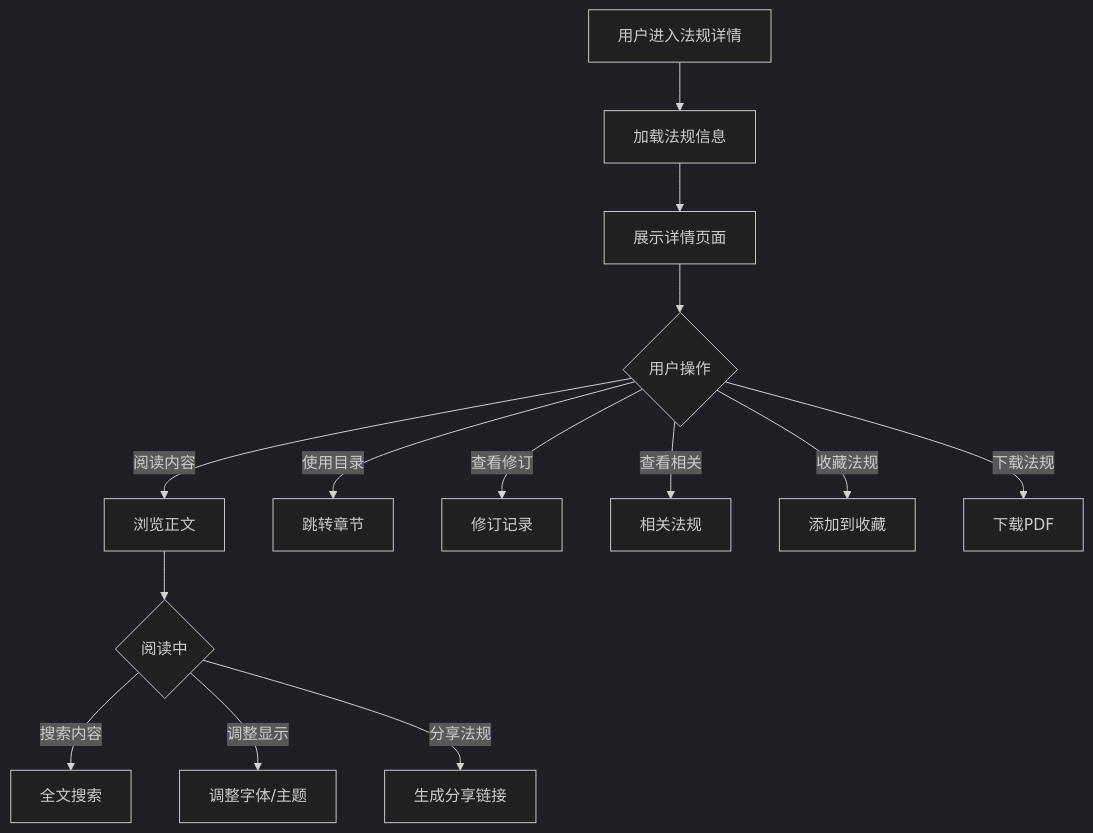
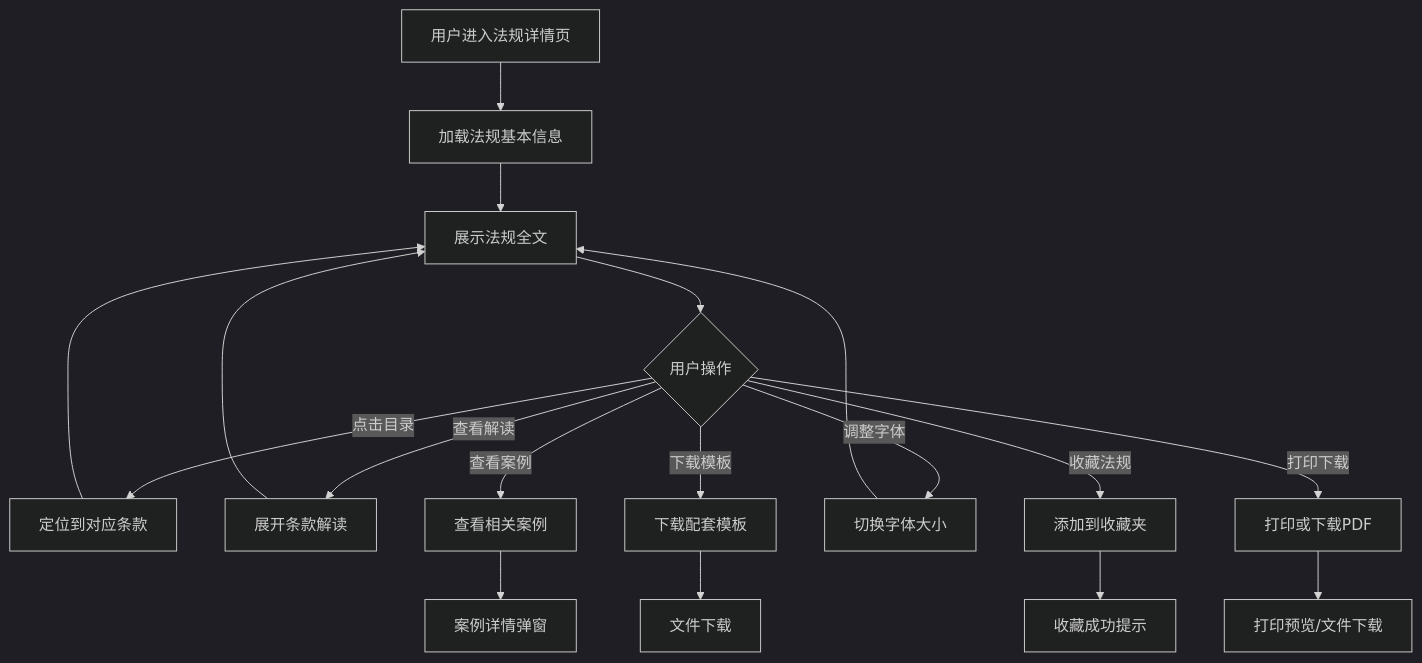
Before and after one commit to 573746624-hash/JZT------20260310: the diagram in docs/法律护航/法规详情.md, drawn with Mermaid (dark theme). The commit also changed other lines of this file and 25 other files, not shown here.

````diff
--- a/docs/法律护航/法规详情.md
+++ b/docs/法律护航/法规详情.md
@@ -9,16 +8,20 @@
 ```mermaid
 flowchart TD
-    A[用户进入法规详情] --> B[加载法规信息]
-    B --> C[展示详情页面]
+    A[用户进入法规详情页] --> B[加载法规基本信息]
+    B --> C[展示法规全文]
     C --> D{用户操作}
-    D -->|阅读内容| E[浏览正文]
-    D -->|使用目录| F[跳转章节]
-    D -->|查看修订| G[修订记录]
-    D -->|查看相关| H[相关法规]
-    D -->|收藏法规| I[添加到收藏]
-    D -->|下载法规| J[下载PDF]
-    E --> K{阅读中}
-    K -->|搜索内容| L[全文搜索]
-    K -->|调整显示| M[调整字体/主题]
-    K -->|分享法规| N[生成分享链接]
+    D -->|点击目录| E[定位到对应条款]
+    D -->|查看解读| F[展开条款解读]
+    D -->|查看案例| G[查看相关案例]
+    D -->|下载模板| H[下载配套模板]
+    D -->|调整字体| I[切换字体大小]
+    D -->|收藏法规| J[添加到收藏夹]
+    D -->|打印下载| K[打印或下载PDF]
+    E --> C
+    F --> C
+    G --> L[案例详情弹窗]
+    H --> M[文件下载]
+    I --> C
+    J --> N[收藏成功提示]
+    K --> O[打印预览/文件下载]
 ```
````
